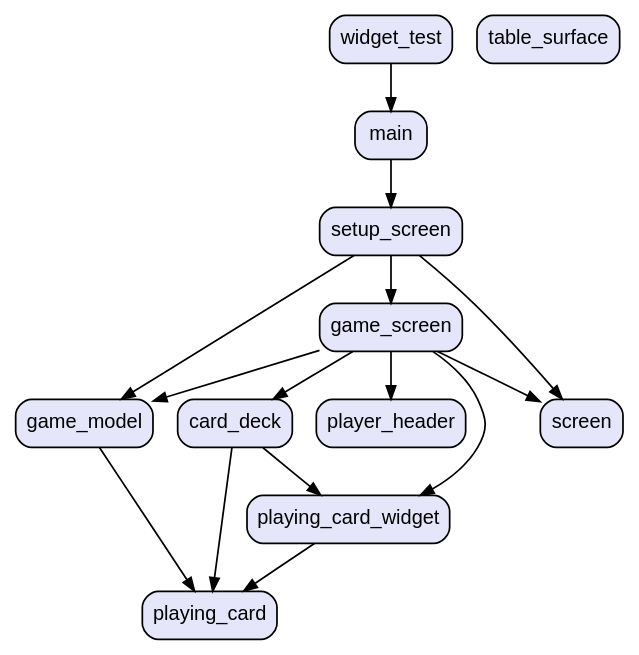
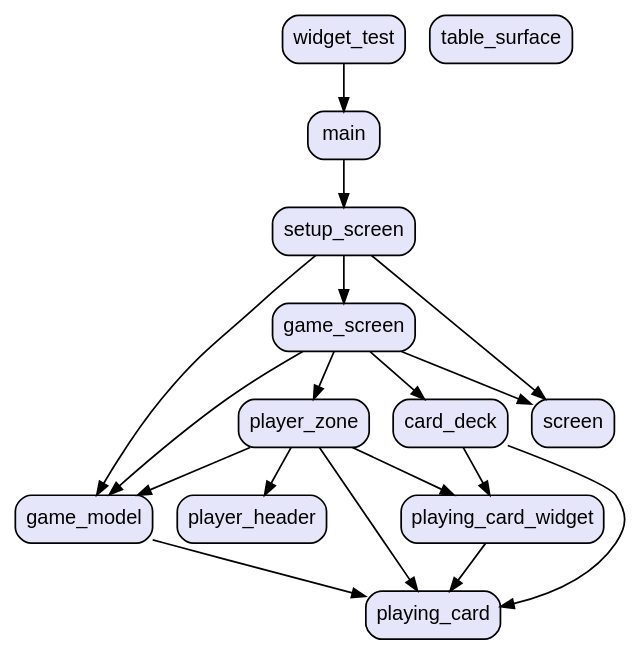
The diagram in graph.dot (vteam-com/Cards), drawn with Graphviz before and after one commit. The commit also changed 3 other files, not shown here.

Commit message:
refactor player_zone

```diff
--- a/graph.dot
+++ b/graph.dot
@@ -1,30 +1,34 @@
 digraph "" {
   graph [style=rounded fontname="Arial Black" fontsize=13 penwidth=2.6];
   node [shape=rect style="filled,rounded" fontname=Arial fontsize=15 fillcolor=Lavender penwidth=1.3];
   edge [penwidth=1.3];
   "/lib/game_model.dart" [label="game_model"];
   "/lib/main.dart" [label="main"];
   "/lib/screens/game_screen.dart" [label="game_screen"];
   "/lib/screens/setup_screen.dart" [label="setup_screen"];
   "/lib/widgets/card_deck.dart" [label="card_deck"];
   "/lib/widgets/player_header.dart" [label="player_header"];
+  "/lib/widgets/player_zone.dart" [label="player_zone"];
   "/lib/widgets/playing_card.dart" [label="playing_card"];
   "/lib/widgets/playing_card_widget.dart" [label="playing_card_widget"];
   "/lib/widgets/screen.dart" [label="screen"];
   "/lib/widgets/table_surface.dart" [label="table_surface"];
   "/test/widget_test.dart" [label="widget_test"];
   "/lib/game_model.dart" -> "/lib/widgets/playing_card.dart";
   "/lib/main.dart" -> "/lib/screens/setup_screen.dart";
   "/lib/screens/game_screen.dart" -> "/lib/widgets/card_deck.dart";
-  "/lib/screens/game_screen.dart" -> "/lib/widgets/player_header.dart";
-  "/lib/screens/game_screen.dart" -> "/lib/widgets/playing_card_widget.dart";
+  "/lib/screens/game_screen.dart" -> "/lib/widgets/player_zone.dart";
   "/lib/screens/game_screen.dart" -> "/lib/widgets/screen.dart";
   "/lib/screens/game_screen.dart" -> "/lib/game_model.dart";
   "/lib/screens/setup_screen.dart" -> "/lib/game_model.dart";
   "/lib/screens/setup_screen.dart" -> "/lib/screens/game_screen.dart";
   "/lib/screens/setup_screen.dart" -> "/lib/widgets/screen.dart";
   "/lib/widgets/card_deck.dart" -> "/lib/widgets/playing_card.dart";
   "/lib/widgets/card_deck.dart" -> "/lib/widgets/playing_card_widget.dart";
+  "/lib/widgets/player_zone.dart" -> "/lib/game_model.dart";
+  "/lib/widgets/player_zone.dart" -> "/lib/widgets/player_header.dart";
+  "/lib/widgets/player_zone.dart" -> "/lib/widgets/playing_card.dart";
+  "/lib/widgets/player_zone.dart" -> "/lib/widgets/playing_card_widget.dart";
   "/lib/widgets/playing_card_widget.dart" -> "/lib/widgets/playing_card.dart";
   "/test/widget_test.dart" -> "/lib/main.dart";
 }
```
